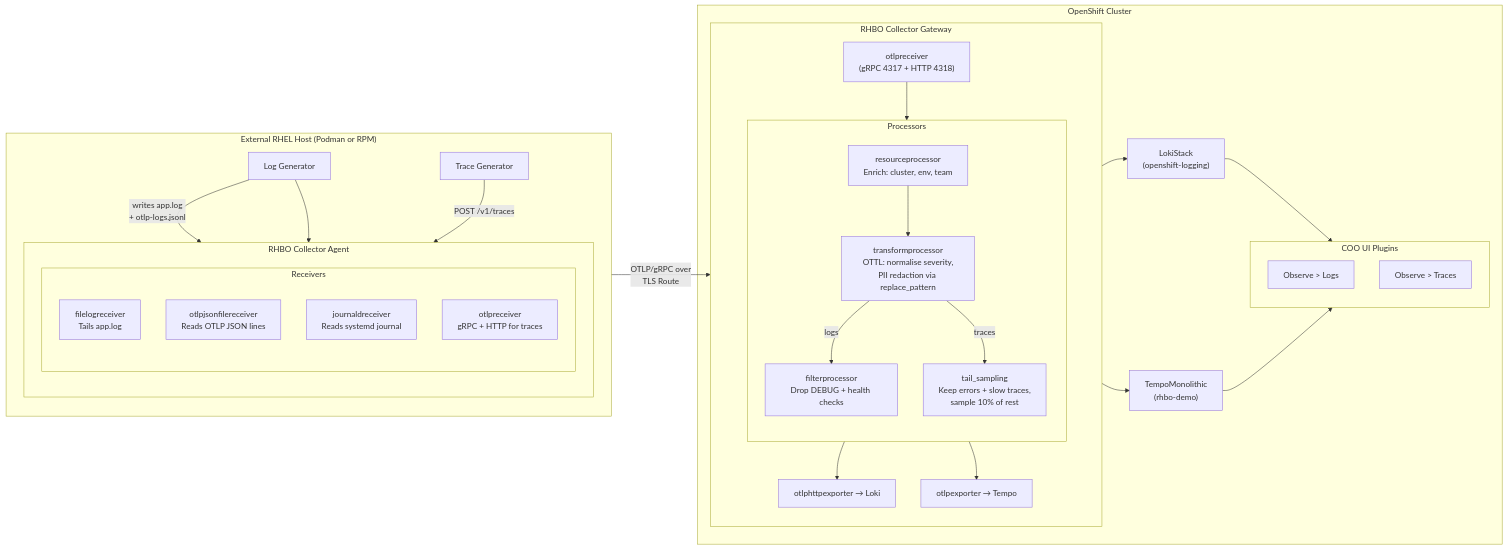
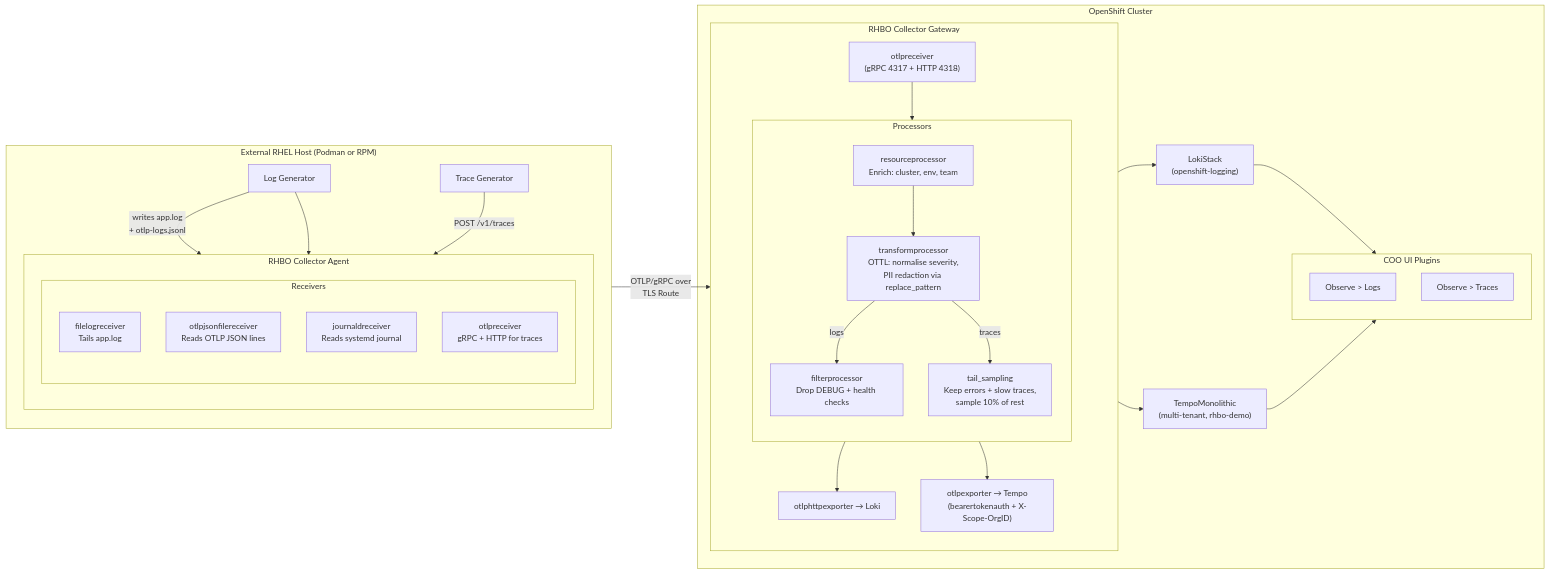
One commit to navyseal8/opentelemetry changed the diagram in README.md. Above: the diagram before and after it, drawn with Mermaid. The commit also changed other lines of this file and 5 other files, not shown here.

````diff
--- a/README.md
+++ b/README.md
@@ -7,63 +7,63 @@
 ```mermaid
 flowchart LR
   subgraph rhel ["External RHEL Host (Podman or RPM)"]
     direction TB
     logGen["Log Generator"]
     traceGen["Trace Generator"]
 
     subgraph agent ["RHBO Collector Agent"]
       direction TB
 
       subgraph receivers ["Receivers"]
         direction TB
         R1["filelogreceiver<br/>Tails app.log"]
         R2["otlpjsonfilereceiver<br/>Reads OTLP JSON lines"]
         R3["journaldreceiver<br/>Reads systemd journal"]
         R4["otlpreceiver<br/>gRPC + HTTP for traces"]
       end
     end
 
     logGen -->|"writes app.log<br/>+ otlp-logs.jsonl"| R1
     logGen --> R2
     traceGen -->|"POST /v1/traces"| R4
   end
 
   subgraph ocp ["OpenShift Cluster"]
     subgraph gateway ["RHBO Collector Gateway"]
       direction TB
       otlpRx["otlpreceiver<br/>(gRPC 4317 + HTTP 4318)"]
 
       subgraph processors ["Processors"]
         direction TB
         P1["resourceprocessor<br/>Enrich: cluster, env, team"]
         P2["transformprocessor<br/>OTTL: normalise severity,<br/>PII redaction via replace_pattern"]
         P3["filterprocessor<br/>Drop DEBUG + health checks"]
         P4["tail_sampling<br/>Keep errors + slow traces,<br/>sample 10% of rest"]
       end
 
       lokiExp["otlphttpexporter → Loki"]
-      tempoExp["otlpexporter → Tempo"]
+      tempoExp["otlpexporter → Tempo<br/>(bearertokenauth + X-Scope-OrgID)"]
     end
 
     otlpRx --> P1
     P1 --> P2
     P2 -->|"logs"| P3
     P2 -->|"traces"| P4
     P3 --> lokiExp
     P4 --> tempoExp
 
     lokiExp --> loki["LokiStack<br/>(openshift-logging)"]
-    tempoExp --> tempo["TempoMonolithic<br/>(rhbo-demo)"]
+    tempoExp --> tempo["TempoMonolithic<br/>(multi-tenant, rhbo-demo)"]
 
     subgraph coo ["COO UI Plugins"]
       direction TB
       logsUI["Observe > Logs"]
       tracesUI["Observe > Traces"]
     end
 
     loki --> logsUI
     tempo --> tracesUI
   end
 
   agent -->|"OTLP/gRPC over<br/>TLS Route"| otlpRx
 ```
````
